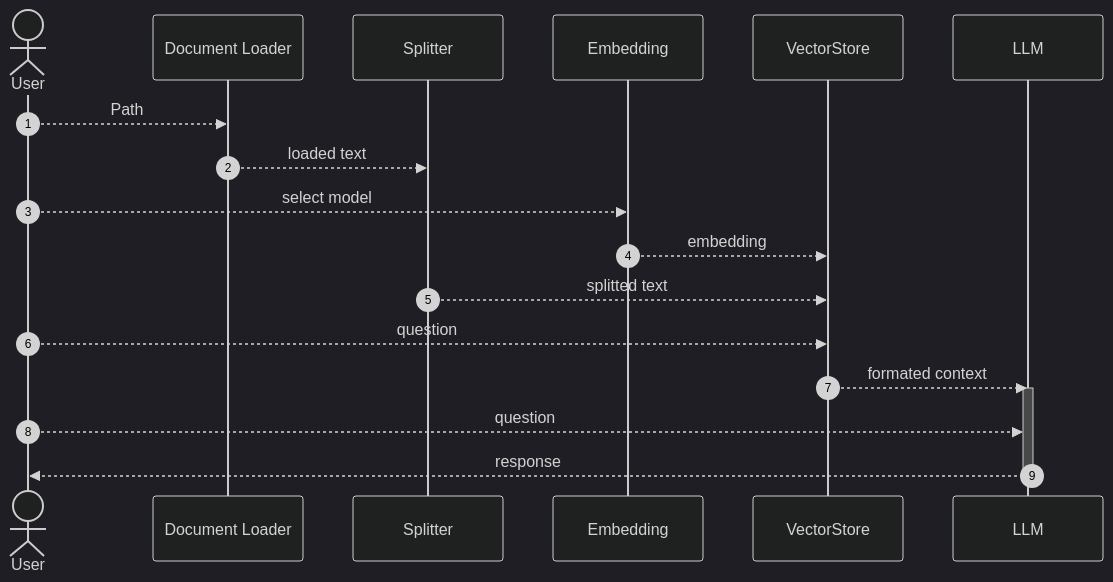
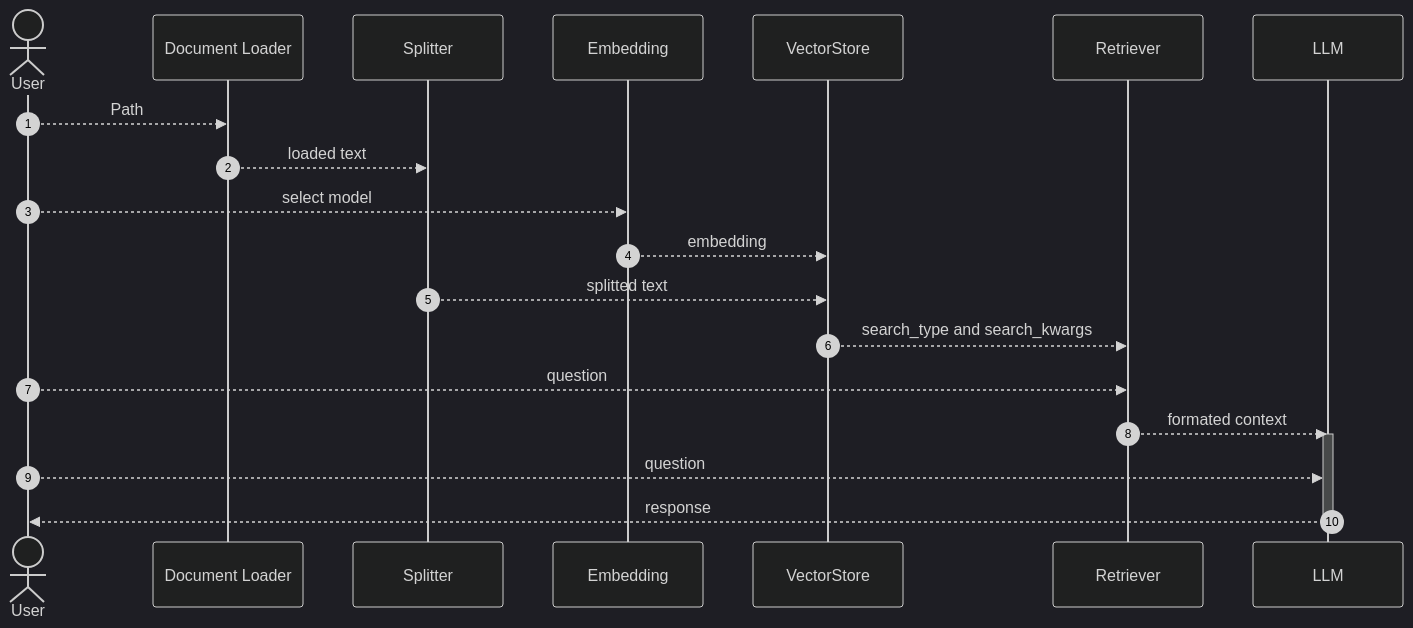
The diagram in rag/README.md (zhouhao27/ollama-lab), drawn with Mermaid (dark theme) before and after one commit. The commit also changed other lines of this file and 5 other files, not shown here.

````diff
--- a/rag/README.md
+++ b/rag/README.md
@@ -7,16 +7,17 @@
 ```mermaid
 sequenceDiagram
     autonumber
     actor User    
     User -->> Document Loader: Path
     Document Loader -->> Splitter: loaded text
     User -->> Embedding: select model
     Embedding -->> VectorStore: embedding    
     Splitter -->> VectorStore: splitted text    
-    User -->> VectorStore: question      
-    VectorStore -->> LLM: formated context    
+    VectorStore -->> Retriever: search_type and search_kwargs
+    User -->> Retriever: question      
+    Retriever -->> LLM: formated context    
     activate LLM
     User -->> LLM: question
     LLM -->> User: response
     deactivate LLM
 ```
````
